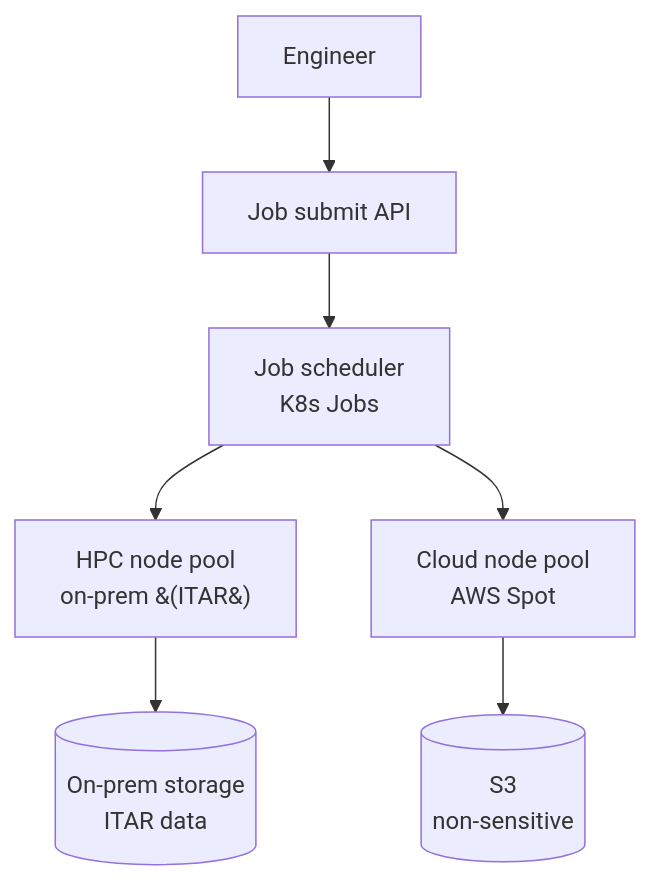
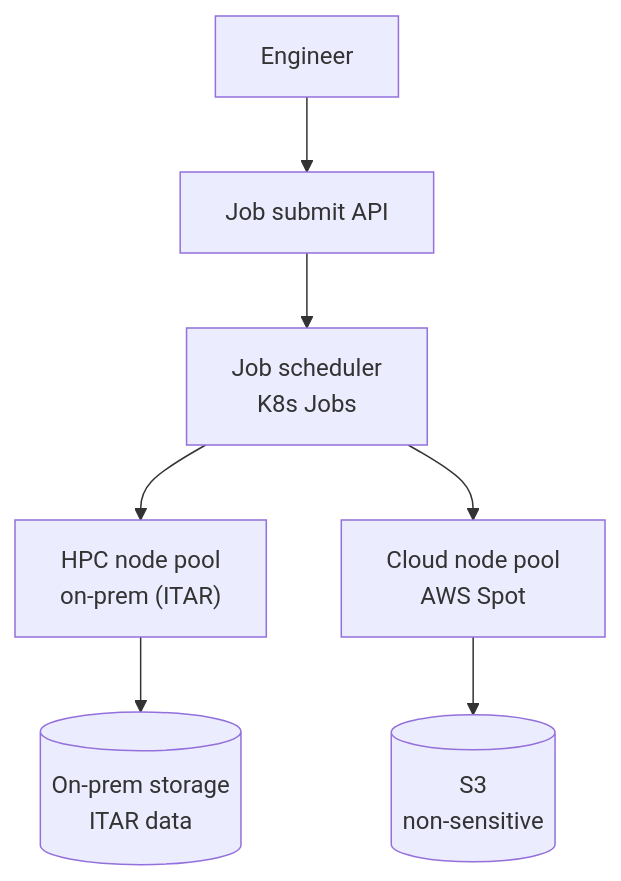
Before and after one commit to WhoisMonesh/K8S-Everything: the diagram in 17-company-cases/boeing.md, drawn with Mermaid. The commit also changed 15 other files, not shown here.

First line of the commit message:
Fix Mermaid parentheses syntax - use quoted labels

````diff
--- a/17-company-cases/boeing.md
+++ b/17-company-cases/boeing.md
@@ -24,9 +24,9 @@
 ```mermaid
 graph TD
     Engineer --> Submit[Job submit API]
     Submit --> Queue[Job scheduler<br/>K8s Jobs]
-    Queue --> HPC[HPC node pool<br/>on-prem &#40;ITAR&#41;]
+    Queue --> HPC["HPC node pool<br/>on-prem (ITAR)"]
     Queue --> Cloud[Cloud node pool<br/>AWS Spot]
     HPC --> Store[(On-prem storage<br/>ITAR data)]
     Cloud --> S3[(S3<br/>non-sensitive)]
 ```
````
